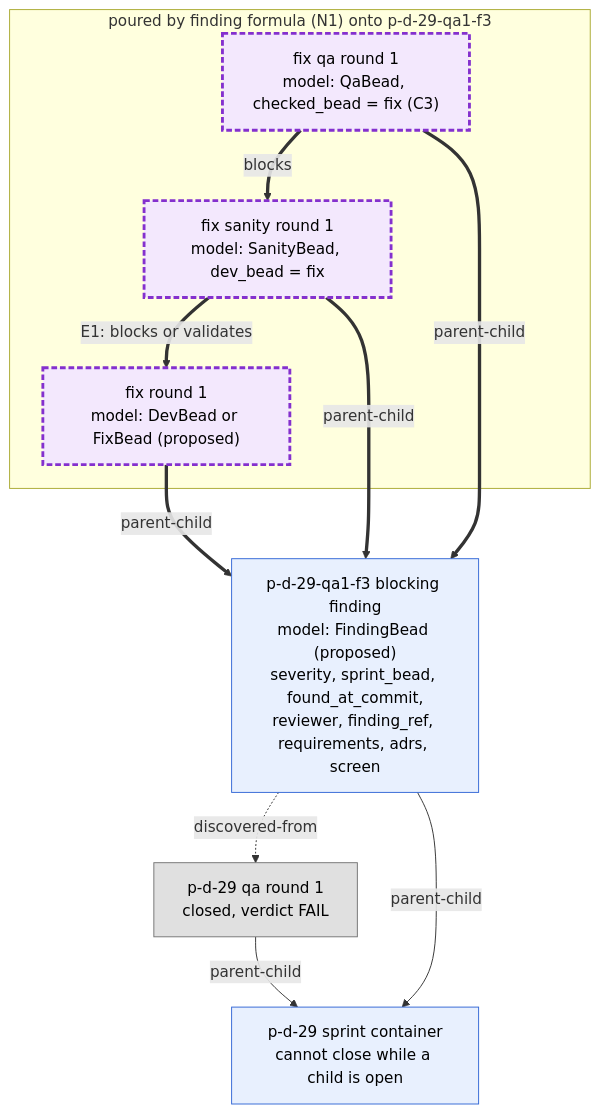
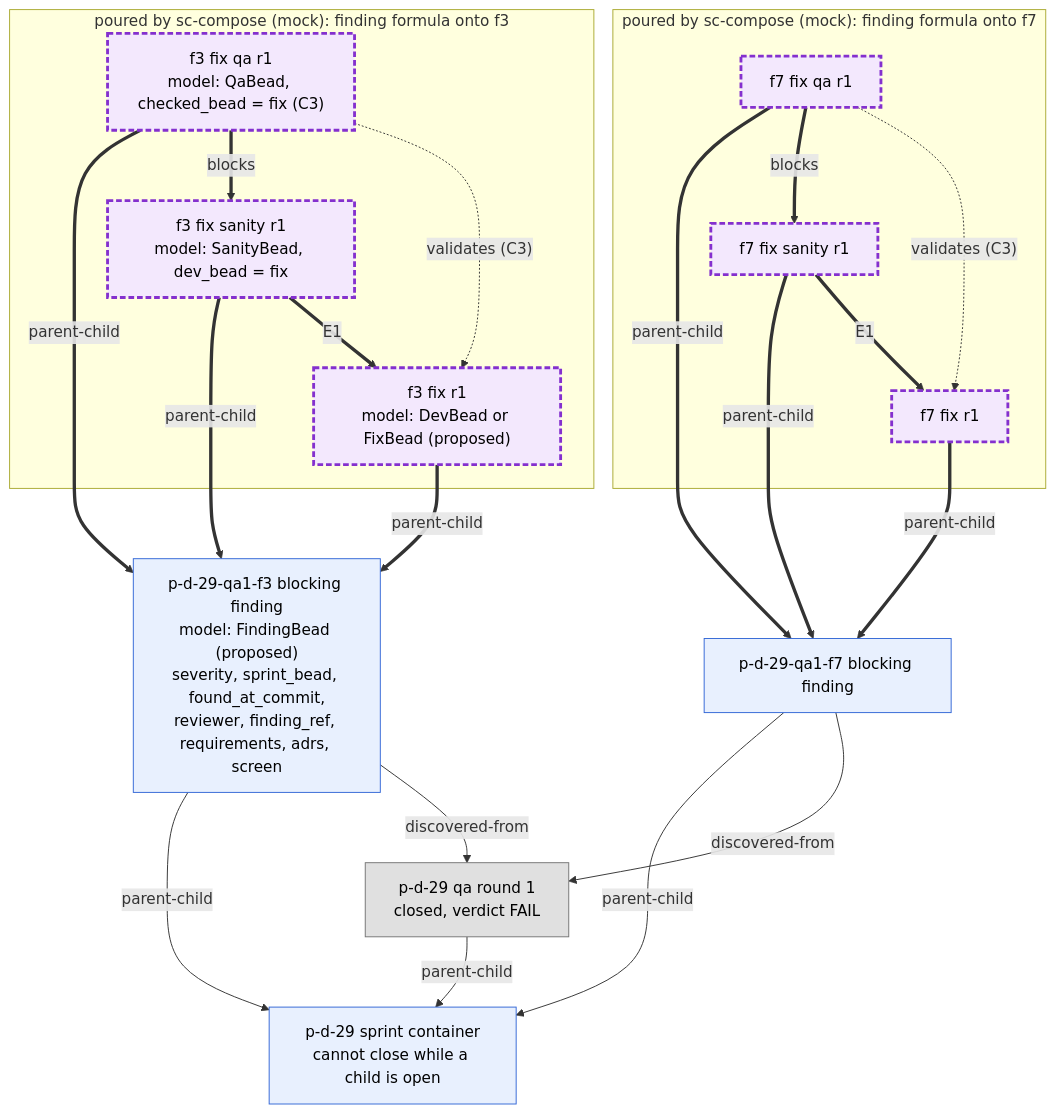
Before and after one commit to randlee/atm-bd-orchestration: the second of 4 diagrams in docs/diagrams/04-sprint-to-be.md, drawn with Mermaid. The commit also changed other lines of this file and 5 other files, not shown here.

First line of the commit message:
docs: apply Rand's rulings to the bead diagrams

````diff
--- a/docs/diagrams/04-sprint-to-be.md
+++ b/docs/diagrams/04-sprint-to-be.md
@@ -71,25 +70,40 @@
 ```mermaid
 flowchart TB
   classDef tmpl fill:#e8f0fe,stroke:#3367d6,color:#000
   classDef poured fill:#f3e8fd,stroke:#8430ce,stroke-width:3px,stroke-dasharray:6 3,color:#000
   classDef closed fill:#e0e0e0,stroke:#757575,color:#000
 
   SPR["p-d-29 sprint container<br/>cannot close while a child is open"]:::tmpl
   QA["p-d-29 qa round 1<br/>closed, verdict FAIL"]:::closed
-  F["p-d-29-qa1-f3 blocking finding<br/>model: FindingBead (proposed)<br/>severity, sprint_bead, found_at_commit,<br/>reviewer, finding_ref, requirements, adrs, screen"]:::tmpl
+  F3["p-d-29-qa1-f3 blocking finding<br/>model: FindingBead (proposed)<br/>severity, sprint_bead, found_at_commit,<br/>reviewer, finding_ref, requirements, adrs, screen"]:::tmpl
+  F7["p-d-29-qa1-f7 blocking finding"]:::tmpl
 
-  subgraph POURF["poured by finding formula (N1) onto p-d-29-qa1-f3"]
-    FX["fix round 1<br/>model: DevBead or FixBead (proposed)"]:::poured
-    FS["fix sanity round 1<br/>model: SanityBead, dev_bead = fix"]:::poured
-    FQ["fix qa round 1<br/>model: QaBead, checked_bead = fix (C3)"]:::poured
+  subgraph POUR3["poured by sc-compose (mock): finding formula onto f3"]
+    FX3["f3 fix r1<br/>model: DevBead or FixBead (proposed)"]:::poured
+    FS3["f3 fix sanity r1<br/>model: SanityBead, dev_bead = fix"]:::poured
+    FQ3["f3 fix qa r1<br/>model: QaBead, checked_bead = fix (C3)"]:::poured
+  end
+  subgraph POUR7["poured by sc-compose (mock): finding formula onto f7"]
+    FX7["f7 fix r1"]:::poured
+    FS7["f7 fix sanity r1"]:::poured
+    FQ7["f7 fix qa r1"]:::poured
   end
 
   QA -->|parent-child| SPR
-  F -->|parent-child| SPR
-  F -.->|discovered-from| QA
-  FX ==>|parent-child| F
-  FS ==>|parent-child| F
-  FQ ==>|parent-child| F
-  FS ==>|"E1: blocks or validates"| FX
-  FQ ==>|blocks| FS
+  F3 -->|parent-child| SPR
+  F7 -->|parent-child| SPR
+  F3 -->|discovered-from| QA
+  F7 -->|discovered-from| QA
+  FX3 ==>|parent-child| F3
+  FS3 ==>|parent-child| F3
+  FQ3 ==>|parent-child| F3
+  FS3 ==>|"E1"| FX3
+  FQ3 ==>|blocks| FS3
+  FQ3 -.->|"validates (C3)"| FX3
+  FX7 ==>|parent-child| F7
+  FS7 ==>|parent-child| F7
+  FQ7 ==>|parent-child| F7
+  FS7 ==>|"E1"| FX7
+  FQ7 ==>|blocks| FS7
+  FQ7 -.->|"validates (C3)"| FX7
 ```
````
